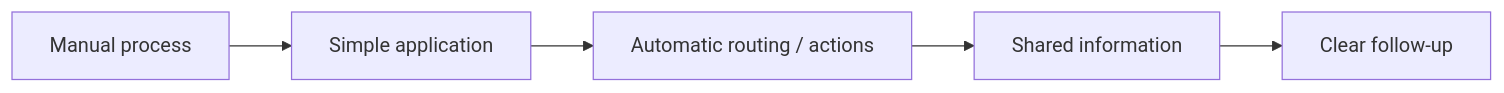
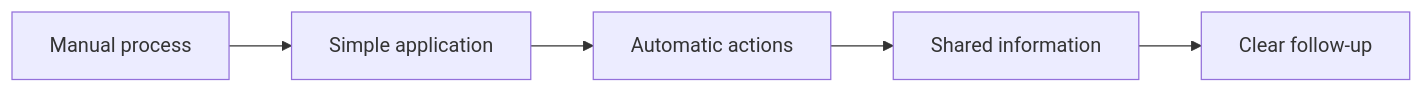
Before and after one commit to jeffersonkuku/jefferson-Mawapanga-Saku: the first of 2 diagrams in README.md, drawn with Mermaid. The commit also changed other lines of this file and 2 other files, not shown here.

````diff
--- a/README.md
+++ b/README.md
@@ -13,7 +34,7 @@
 ```mermaid
 flowchart LR
     A[Manual process] --> B[Simple application]
-    B --> C[Automatic routing / actions]
+    B --> C[Automatic actions]
     C --> D[Shared information]
     D --> E[Clear follow-up]
 ```
````
